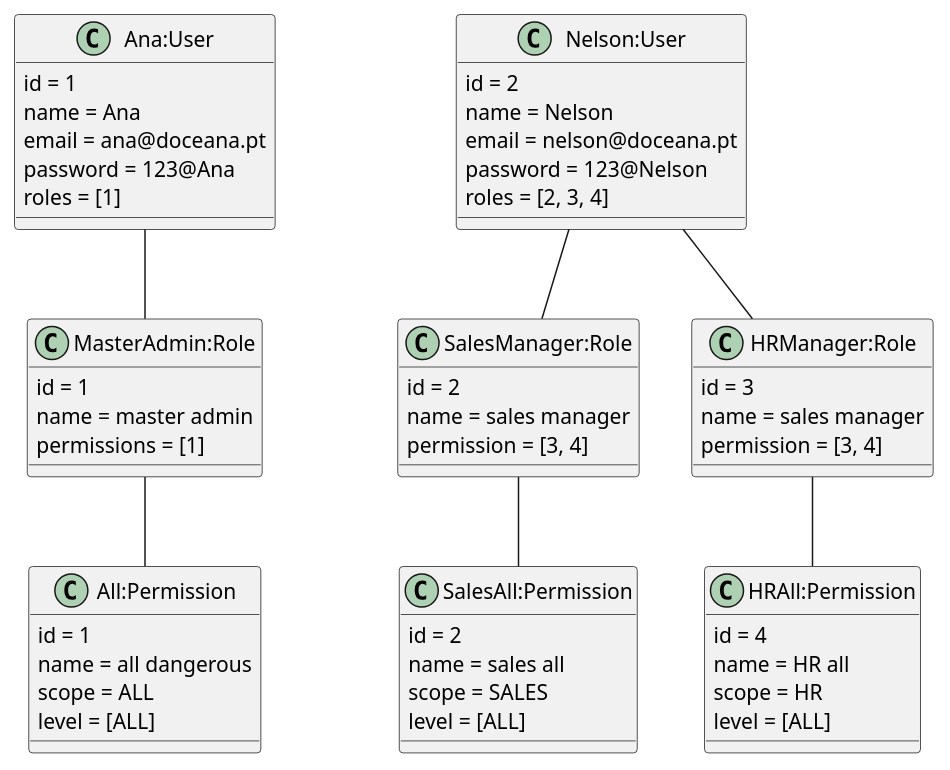
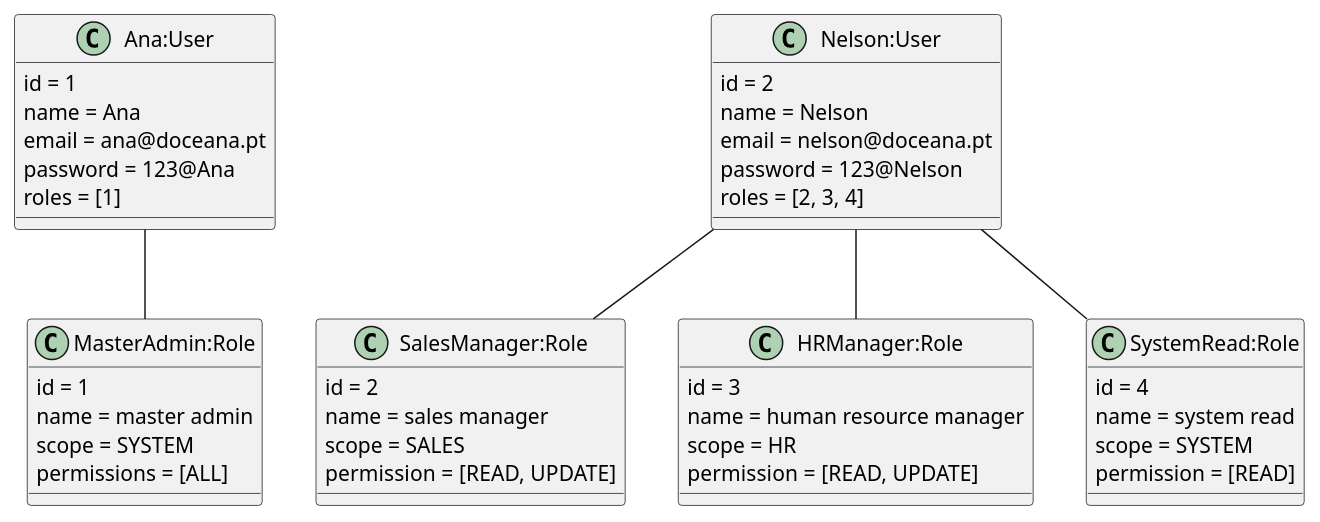
One commit to ines-erp/knowledgebase changed the diagram in Diagrams/2 - Classes/UserCreationInstance.puml. Above: the diagram before and after it, drawn with PlantUML. The commit also changed 1 other file, not shown here.

Commit message:
Refactoring roles and permissions

```diff
--- a/Diagrams/2 - Classes/UserCreationInstance.puml
+++ b/Diagrams/2 - Classes/UserCreationInstance.puml
@@ -1,92 +1,68 @@
 @startuml
 
 'USERS
 
 class Ana:User {
     id = 1
     name = Ana
     email = ana@doceana.pt
     password = 123@Ana
     roles = [1]
 }
 
 class Nelson:User{
     id = 2
     name = Nelson
     email = nelson@doceana.pt
     password = 123@Nelson
     roles = [2, 3, 4]
 }
 
 
 'END USERS
 
 'ROLES
 
-
-
 class MasterAdmin:Role{
     id = 1
     name = master admin
-    permissions = [1]
+    scope = SYSTEM
+    permissions = [ALL]
 }
 
 class "SalesManager:Role"{
     id = 2
     name = sales manager
-    permission = [3, 4]
+    scope = SALES
+    permission = [READ, UPDATE]
 }
 
 
 class HRManager:Role{
     id = 3
-    name = sales manager
-    permission = [3, 4]
+    name = human resource manager
+    scope = HR
+    permission = [READ, UPDATE]
+}
+
+class SystemRead:Role {
+    id = 4
+    name = system read
+    scope = SYSTEM
+    permission = [READ]
 }
 
 'END ROLES
 
-
-'PERMISSIONS
-
-class All:Permission{
-    id = 1
-    name = all dangerous
-    scope = ALL
-    level = [ALL]
-}
-
-class SalesAll:Permission{
-    id = 2
-    name = sales all
-    scope = SALES
-    level = [ALL]
-}
-
-
-class HRAll:Permission{
-    id = 4
-    name = HR all
-    scope = HR
-    level = [ALL]
-}
-
-'END PERMISSIONS
-
-
 'RELATIONS
 
 "Ana:User" -DOWN- "MasterAdmin:Role"
-"MasterAdmin:Role" -DOWN- "All:Permission"
 
 "Nelson:User" -DOWN- "HRManager:Role"
-"HRManager:Role" -DOWN- "HRAll:Permission"
-
 "Nelson:User" -DOWN- "SalesManager:Role"
-"SalesManager:Role" -DOWN- "SalesAll:Permission"
-
+"Nelson:User" -DOWN- "SystemRead:Role"
 
 
 'END RELATIONS
 
 @enduml
```
